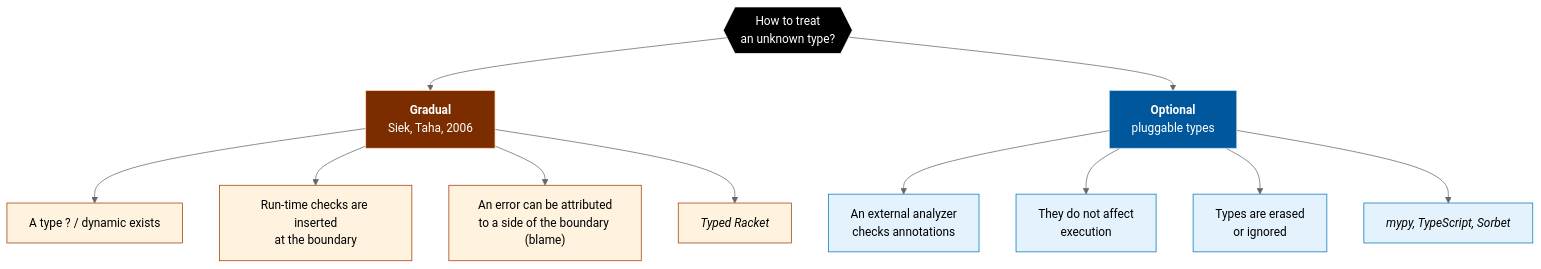
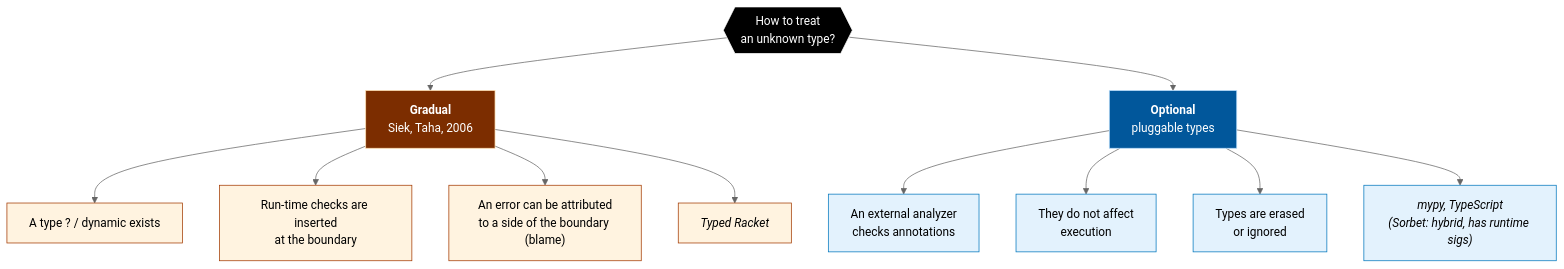
The seventh of 8 diagrams in docs/maps/paradigms-map.md (akardapolov/software-atlas), drawn with Mermaid (neutral theme) before and after one commit. The commit also changed other lines of this file, not shown here.

````diff
--- a/docs/maps/paradigms-map.md
+++ b/docs/maps/paradigms-map.md
@@ -915,27 +931,27 @@
 ```mermaid
 flowchart TB
     Q{{"How to treat<br/>an unknown type?"}}
     Q --> G["<b>Gradual</b><br/>Siek, Taha, 2006"]
     Q --> O["<b>Optional</b><br/>pluggable types"]
 
     G --> G1["A type ? / dynamic exists"]
     G --> G2["Run-time checks are inserted<br/>at the boundary"]
     G --> G3["An error can be attributed<br/>to a side of the boundary (blame)"]
     G --> G4["<i>Typed Racket</i>"]
 
     O --> O1["An external analyzer<br/>checks annotations"]
     O --> O2["They do not affect<br/>execution"]
     O --> O3["Types are erased<br/>or ignored"]
-    O --> O4["<i>mypy, TypeScript, Sorbet</i>"]
+    O --> O4["<i>mypy, TypeScript</i><br/><i>(Sorbet: hybrid, has runtime sigs)</i>"]
 
     classDef q fill:#000,color:#fff,stroke:#fff
     classDef g fill:#7c2d00,color:#fff,stroke:#ffe0b2
     classDef gl fill:#fff3e0,color:#000,stroke:#a33a00
     classDef o fill:#01579b,color:#fff,stroke:#bbdefb
     classDef ol fill:#e3f2fd,color:#000,stroke:#0277bd
     class Q q
     class G g
     class G1,G2,G3,G4 gl
     class O o
     class O1,O2,O3,O4 ol
 ```
````
